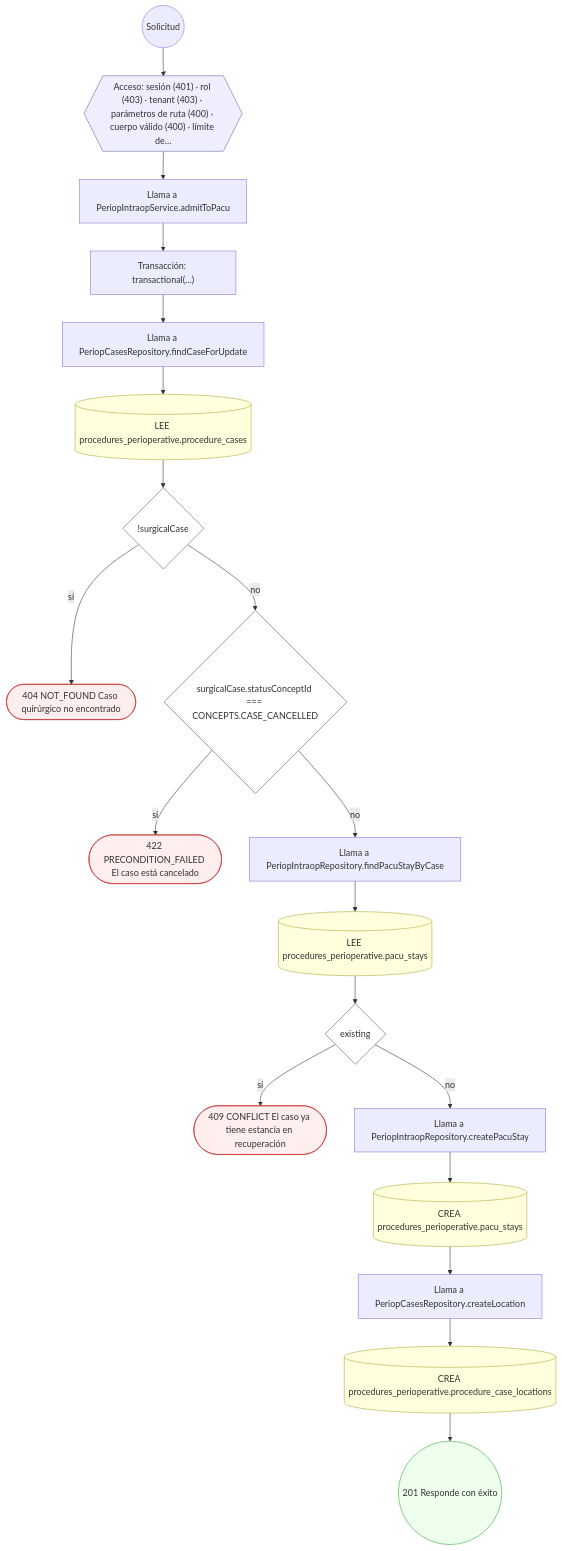
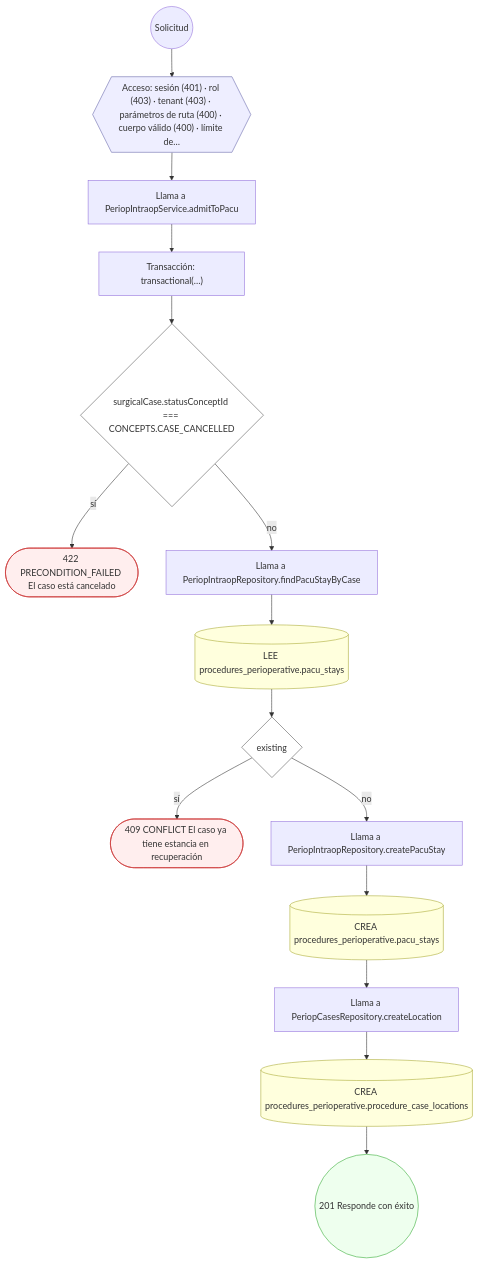
Diagram 22 of 30 in docs/inventario/flujos/procedures_perioperative.md (mdavila-2001/mantra-core-health-api), drawn with Mermaid before and after one commit. The commit also changed other lines of this file and 438 other files, not shown here.

````diff
--- a/docs/inventario/flujos/procedures_perioperative.md
+++ b/docs/inventario/flujos/procedures_perioperative.md
@@ -1991,46 +1940,38 @@
 ```mermaid
 flowchart TD
   n1(("Solicitud")):::inicio
   n2{{"Acceso: sesión (401) · rol (403) · tenant (403) · parámetros de ruta (400) · cuerpo válido (400) · límite de…"}}:::acceso
   n1 --> n2
   n3["Llama a PeriopIntraopService.admitToPacu"]:::llamada
   n2 --> n3
   n4["Transacción: transactional(…)"]:::transaccion
   n3 --> n4
-  n5["Llama a PeriopCasesRepository.findCaseForUpdate"]:::llamada
+  n5{"surgicalCase.statusConceptId === CONCEPTS.CASE_CANCELLED"}:::decision
   n4 --> n5
-  n6[("LEE procedures_perioperative.procedure_cases")]:::efecto
-  n5 --> n6
-  n7{"!surgicalCase"}:::decision
-  n6 --> n7
-  n8(["404 NOT_FOUND Caso quirúrgico no encontrado"]):::error
-  n7 -->|"sí"| n8
-  n9{"surgicalCase.statusConceptId === CONCEPTS.CASE_CANCELLED"}:::decision
-  n7 -->|"no"| n9
-  n10(["422 PRECONDITION_FAILED El caso está cancelado"]):::error
+  n6(["422 PRECONDITION_FAILED El caso está cancelado"]):::error
+  n5 -->|"sí"| n6
+  n7["Llama a PeriopIntraopRepository.findPacuStayByCase"]:::llamada
+  n5 -->|"no"| n7
+  n8[("LEE procedures_perioperative.pacu_stays")]:::efecto
+  n7 --> n8
+  n9{"existing"}:::decision
+  n8 --> n9
+  n10(["409 CONFLICT El caso ya tiene estancia en recuperación"]):::error
   n9 -->|"sí"| n10
-  n11["Llama a PeriopIntraopRepository.findPacuStayByCase"]:::llamada
+  n11["Llama a PeriopIntraopRepository.createPacuStay"]:::llamada
   n9 -->|"no"| n11
-  n12[("LEE procedures_perioperative.pacu_stays")]:::efecto
+  n12[("CREA procedures_perioperative.pacu_stays")]:::efecto
   n11 --> n12
-  n13{"existing"}:::decision
+  n13["Llama a PeriopCasesRepository.createLocation"]:::llamada
   n12 --> n13
-  n14(["409 CONFLICT El caso ya tiene estancia en recuperación"]):::error
-  n13 -->|"sí"| n14
-  n15["Llama a PeriopIntraopRepository.createPacuStay"]:::llamada
-  n13 -->|"no"| n15
-  n16[("CREA procedures_perioperative.pacu_stays")]:::efecto
-  n15 --> n16
-  n17["Llama a PeriopCasesRepository.createLocation"]:::llamada
-  n16 --> n17
-  n18[("CREA procedures_perioperative.procedure_case_locations")]:::efecto
-  n17 --> n18
-  n19(("201 Responde con éxito")):::ok
-  n18 --> n19
+  n14[("CREA procedures_perioperative.procedure_case_locations")]:::efecto
+  n13 --> n14
+  n15(("201 Responde con éxito")):::ok
+  n14 --> n15
   classDef acceso fill:#eef,stroke:#66a
   classDef error fill:#fee,stroke:#c33
   classDef ok fill:#efe,stroke:#3a3
   classDef efecto fill:#ffd,stroke:#aa3
   classDef decision fill:#fff,stroke:#555
   classDef corte fill:#eee,stroke:#999,stroke-dasharray: 4
 ```
````
